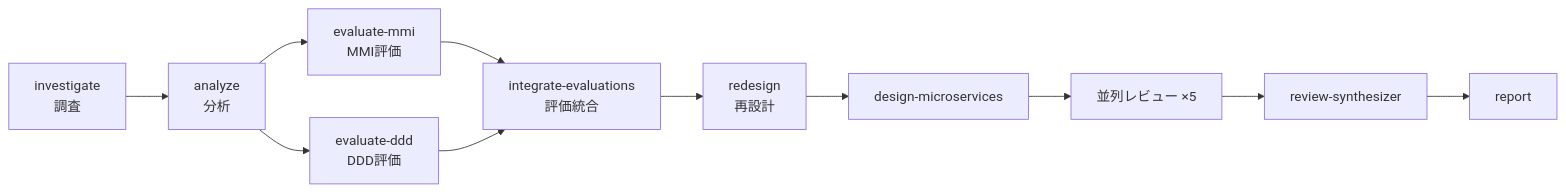
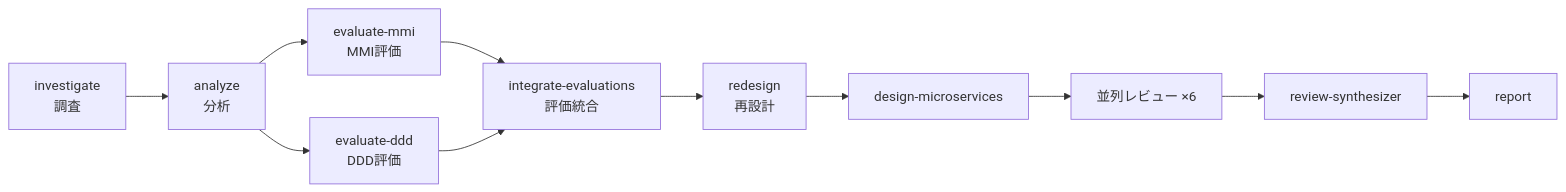
The diagram in docs/analysis-mechanism_ja.md (wfukatsu/nexus-architect), drawn with Mermaid before and after one commit. The commit also changed other lines of this file and 2 other files, not shown here.

````diff
--- a/docs/analysis-mechanism_ja.md
+++ b/docs/analysis-mechanism_ja.md
@@ -19,12 +19,12 @@
 ```mermaid
 graph LR
     INV[investigate<br/>調査] --> ANA[analyze<br/>分析]
     ANA --> MMI[evaluate-mmi<br/>MMI評価]
     ANA --> DDD[evaluate-ddd<br/>DDD評価]
     MMI --> INT[integrate-evaluations<br/>評価統合]
     DDD --> INT
     INT --> RED[redesign<br/>再設計]
     RED --> MS[design-microservices]
-    MS --> REV["並列レビュー ×5"]
+    MS --> REV["並列レビュー ×6"]
     REV --> SYN[review-synthesizer] --> REP[report]
 ```
````
